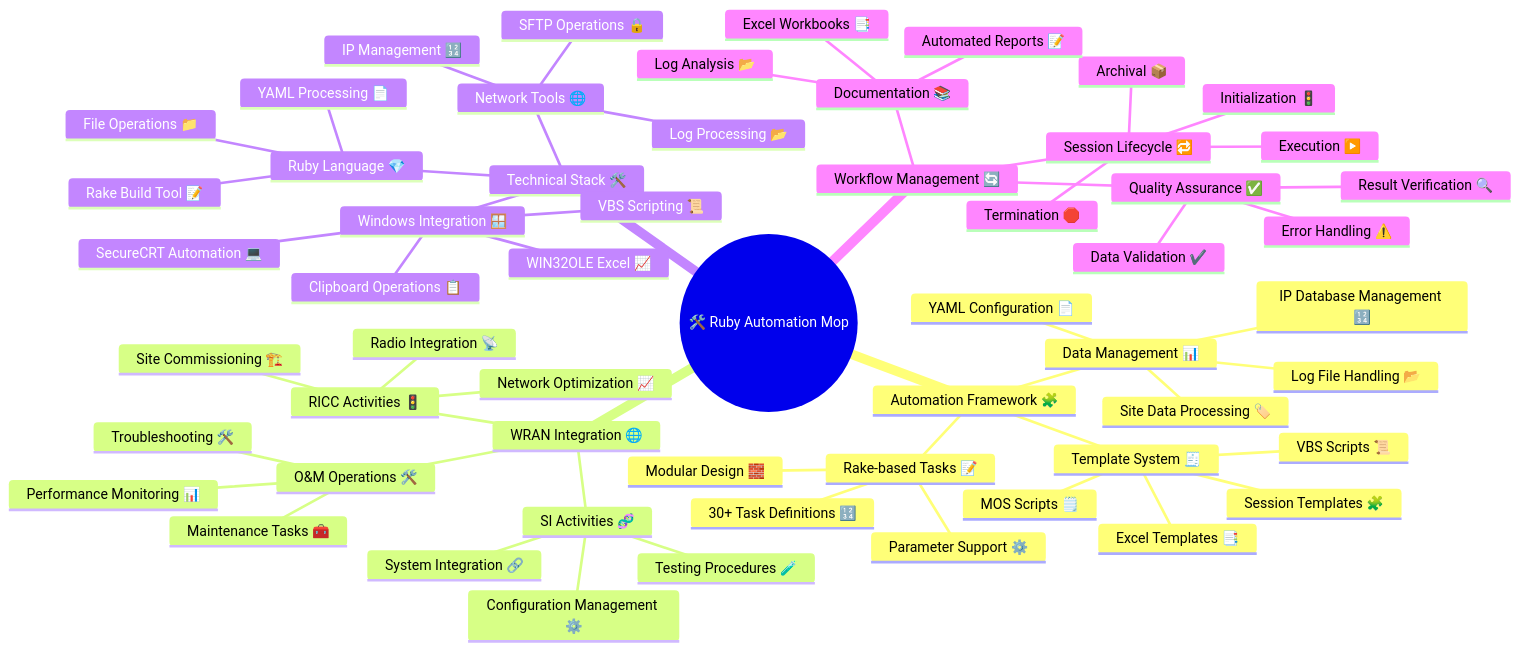
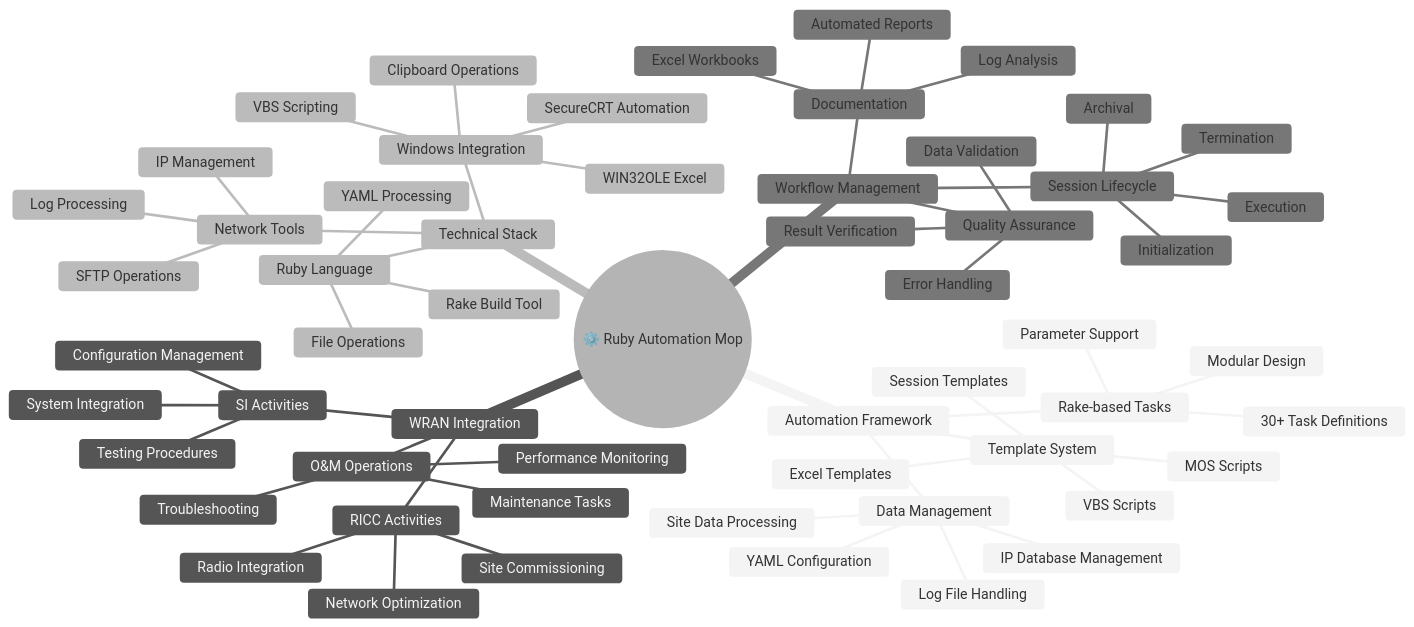
One commit to enogrob/project-automation-mop changed the fourth of 4 diagrams in README.md. Above: the diagram before and after it, drawn with Mermaid. The commit also changed other lines of this file, not shown here.

````diff
--- a/README.md
+++ b/README.md
@@ -249,64 +233,64 @@
 ```mermaid
-%%{init: { 'themeVariables': { 'primaryColor': '#DCEBFA', 'secondaryColor': '#DDF2E1', 'tertiaryColor': '#FBE4F0', 'lineColor': '#52606D', 'fontSize': '16px' } } }%%
+%%{init: {'theme': 'neutral', 'themeVariables': {'primaryColor': '#ECEBE8', 'primaryTextColor': '#3E342C', 'primaryBorderColor': '#9C9992', 'lineColor': '#9C9992', 'secondaryColor': '#ECEBE8', 'tertiaryColor': '#ECEBE8'}}}%%
 mindmap
-    root((🛠️ Ruby Automation Mop))
-        Automation Framework 🧩
-            Rake-based Tasks 📝
-                30+ Task Definitions 🔢
-                Modular Design 🧱
-                Parameter Support ⚙️
-            Template System 🧾
-                Excel Templates 📑
-                VBS Scripts 📜
-                MOS Scripts 🗒️
-                Session Templates 🧩
-            Data Management 📊
-                YAML Configuration 📄
-                Site Data Processing 🏷️
-                Log File Handling 📂
-                IP Database Management 🔢
+    root((⚙️ Ruby Automation Mop))
+        Automation Framework
+            Rake-based Tasks
+                30+ Task Definitions
+                Modular Design
+                Parameter Support
+            Template System
+                Excel Templates
+                VBS Scripts
+                MOS Scripts
+                Session Templates
+            Data Management
+                YAML Configuration
+                Site Data Processing
+                Log File Handling
+                IP Database Management
         
-        WRAN Integration 🌐
-            RICC Activities 🚦
-                Radio Integration 📡
-                Network Optimization 📈
-                Site Commissioning 🏗️
-            O&M Operations 🛠️
-                Maintenance Tasks 🧰
-                Performance Monitoring 📊
-                Troubleshooting 🛠️
-            SI Activities 🧬
-                System Integration 🔗
-                Configuration Management ⚙️
-                Testing Procedures 🧪
+        WRAN Integration
+            RICC Activities
+                Radio Integration
+                Network Optimization
+                Site Commissioning
+            O&M Operations
+                Maintenance Tasks
+                Performance Monitoring
+                Troubleshooting
+            SI Activities
+                System Integration
+                Configuration Management
+                Testing Procedures
         
-        Technical Stack 🛠️
-            Ruby Language 💎
-                Rake Build Tool 📝
-                YAML Processing 📄
-                File Operations 📁
-            Windows Integration 🪟
-                WIN32OLE Excel 📈
-                SecureCRT Automation 💻
-                Clipboard Operations 📋
-                VBS Scripting 📜
-            Network Tools 🌐
-                SFTP Operations 🔒
-                Log Processing 📂
-                IP Management 🔢
+        Technical Stack
+            Ruby Language
+                Rake Build Tool
+                YAML Processing
+                File Operations
+            Windows Integration
+                WIN32OLE Excel
+                SecureCRT Automation
+                Clipboard Operations
+                VBS Scripting
+            Network Tools
+                SFTP Operations
+                Log Processing
+                IP Management
         
-        Workflow Management 🔄
-            Session Lifecycle 🔁
-                Initialization 🚦
-                Execution ▶️
-                Termination 🛑
-                Archival 📦
-            Quality Assurance ✅
-                Data Validation ✔️
-                Error Handling ⚠️
-                Result Verification 🔍
-            Documentation 📚
-                Automated Reports 📝
-                Excel Workbooks 📑
-                Log Analysis 📂
+        Workflow Management
+            Session Lifecycle
+                Initialization
+                Execution
+                Termination
+                Archival
+            Quality Assurance
+                Data Validation
+                Error Handling
+                Result Verification
+            Documentation
+                Automated Reports
+                Excel Workbooks
+                Log Analysis
 ```
````
